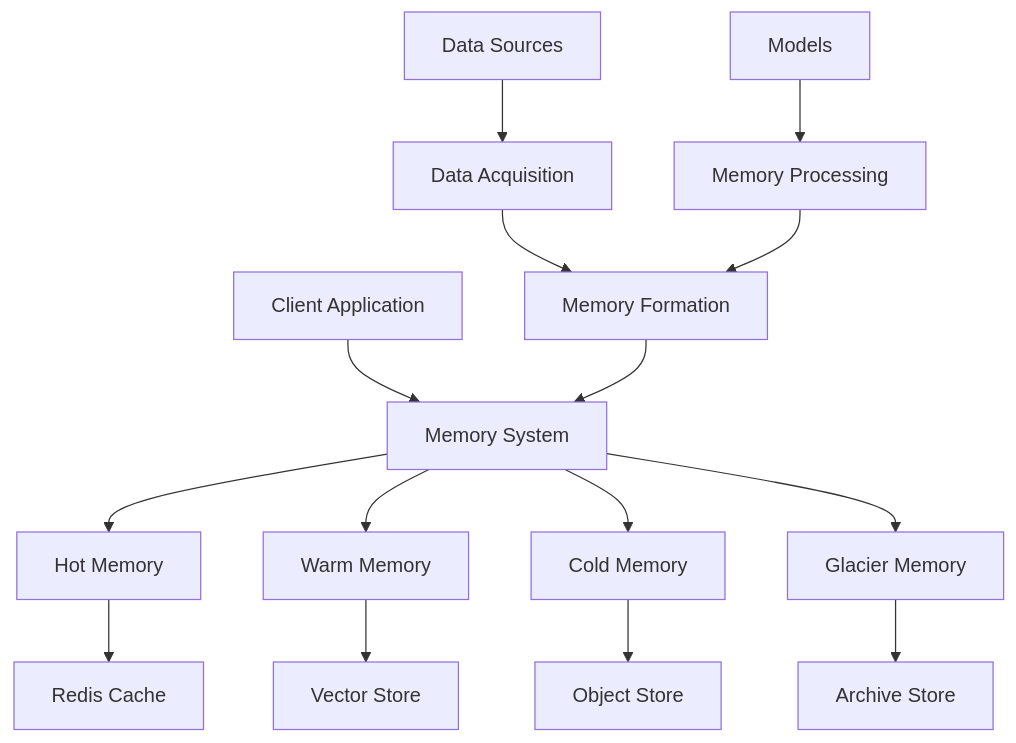
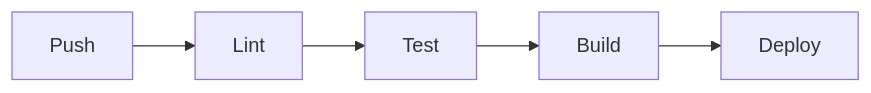
Before and after one commit to Vortx-AI/memories-dev: the diagram in memories/README.md, drawn with Mermaid. The commit also changed other lines of this file and 2 other files, not shown here.

````diff
--- a/memories/README.md
+++ b/memories/README.md
@@ -5,20 +421,7 @@
 ```mermaid
-graph TB
-    A[Client Application] --> B[Memory System]
-    B --> C[Hot Memory]
-    B --> D[Warm Memory]
-    B --> E[Cold Memory]
-    B --> F[Glacier Memory]
-    
-    C --> G[Redis Cache]
-    D --> H[Vector Store]
-    E --> I[Object Store]
-    F --> J[Archive Store]
-    
-    K[Data Sources] --> L[Data Acquisition]
-    L --> M[Memory Formation]
-    M --> B
-    
-    N[Models] --> O[Memory Processing]
-    O --> M
+graph LR
+    A[Push] --> B[Lint]
+    B --> C[Test]
+    C --> D[Build]
+    D --> E[Deploy]
 ```
````
